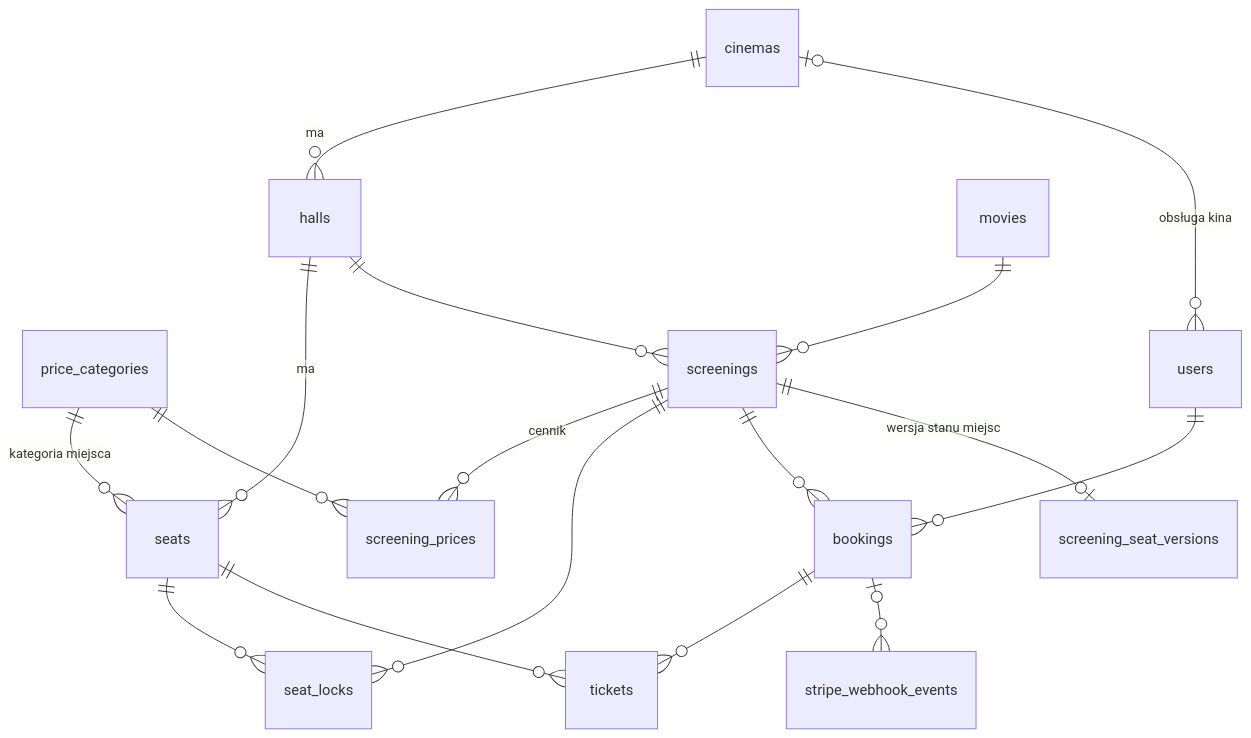
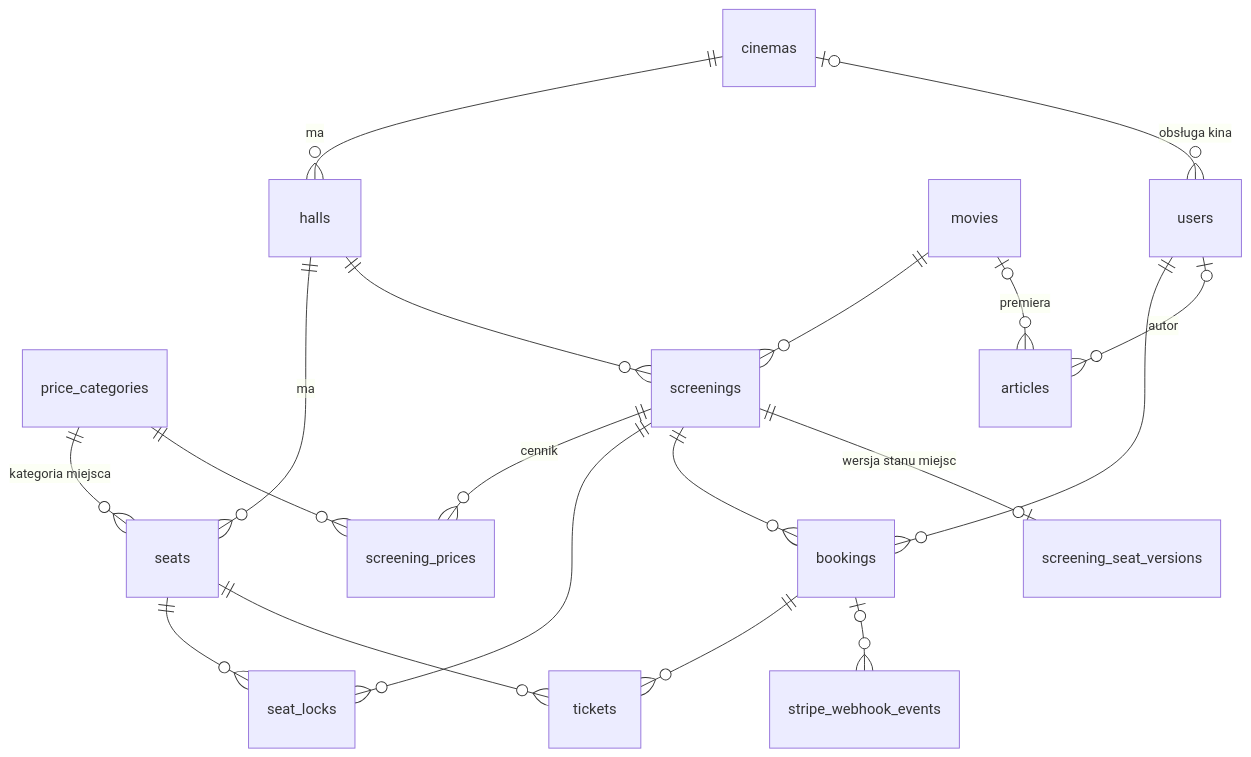
Before and after one commit to AndrzejSilinski/kino: the first of 2 diagrams in README.md, drawn with Mermaid. The commit also changed other lines of this file and 1 other file, not shown here.

````diff
--- a/README.md
+++ b/README.md
@@ -123,19 +135,21 @@
 ```mermaid
 erDiagram
     cinemas ||--o{ halls : ma
     halls ||--o{ seats : ma
     price_categories ||--o{ seats : "kategoria miejsca"
     movies ||--o{ screenings : ""
     halls ||--o{ screenings : ""
     screenings ||--o{ screening_prices : cennik
     price_categories ||--o{ screening_prices : ""
     screenings ||--o{ seat_locks : ""
     seats ||--o{ seat_locks : ""
     users ||--o{ bookings : ""
     screenings ||--o{ bookings : ""
     bookings ||--o{ tickets : ""
     seats ||--o{ tickets : ""
     cinemas |o--o{ users : "obsługa kina"
     bookings |o--o{ stripe_webhook_events : ""
     screenings ||--o| screening_seat_versions : "wersja stanu miejsc"
+    movies |o--o{ articles : "premiera"
+    users |o--o{ articles : "autor"
 ```
````
